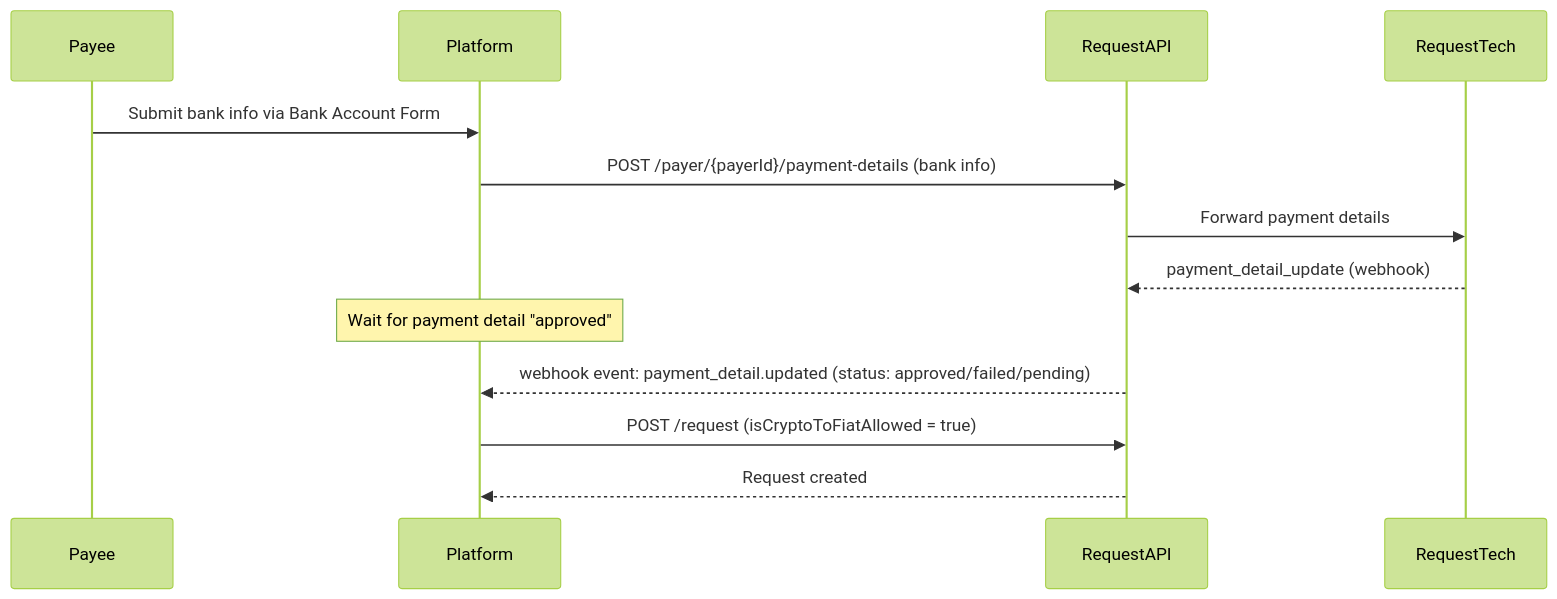
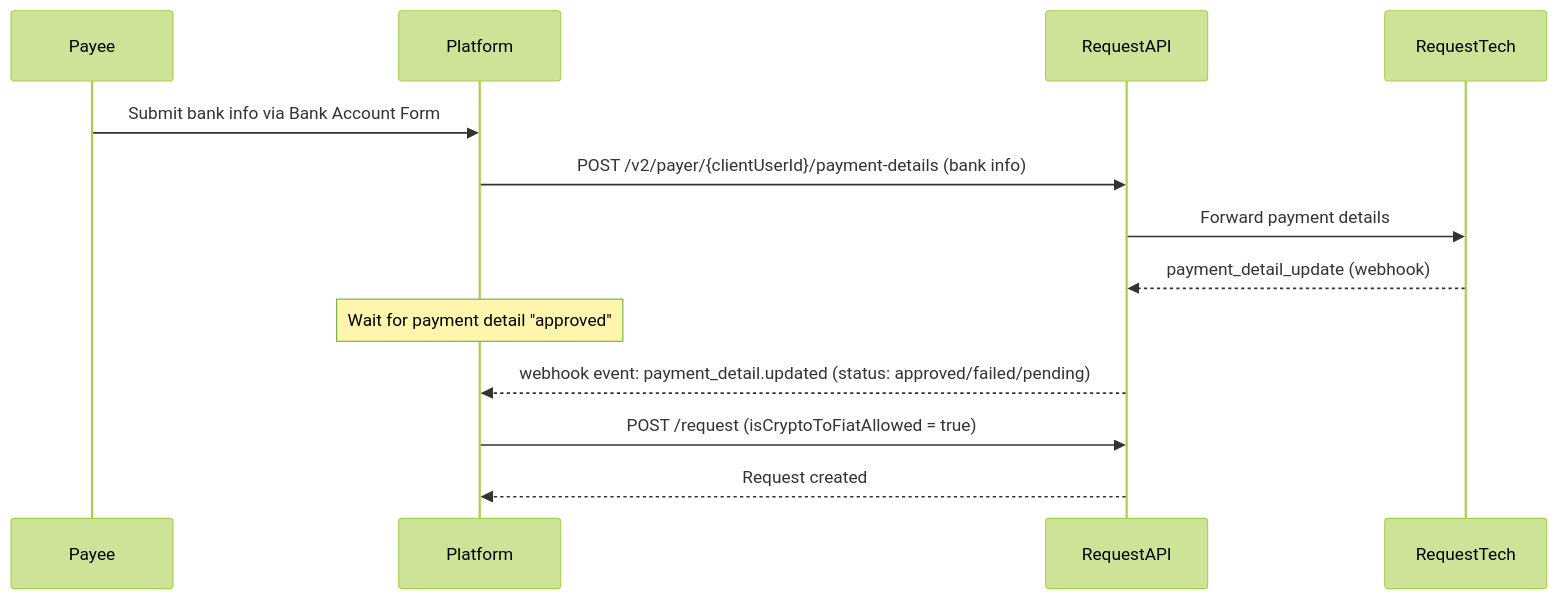
Before and after one commit to RequestNetwork/mintlify-docs: the second of 3 diagrams in api-features/crypto-to-fiat-payments.mdx, drawn with Mermaid (forest theme). The commit also changed other lines of this file and 22 other files, not shown here.

````diff
--- a/api-features/crypto-to-fiat-payments.mdx
+++ b/api-features/crypto-to-fiat-payments.mdx
@@ -159,16 +159,16 @@
 ```mermaid
 sequenceDiagram
 participant Payee
 participant Platform
 participant RequestAPI
 participant RequestTech
 
 Payee->>Platform: Submit bank info via Bank Account Form
-Platform->>RequestAPI: POST /payer/{payerId}/payment-details (bank info)
+Platform->>RequestAPI: POST /v2/payer/{clientUserId}/payment-details (bank info)
 RequestAPI->>RequestTech: Forward payment details
 RequestTech-->>RequestAPI: payment_detail_update (webhook)
 Note over Platform: Wait for payment detail "approved"
 RequestAPI-->>Platform: webhook event: payment_detail.updated (status: approved/failed/pending)
 Platform->>RequestAPI: POST /request (isCryptoToFiatAllowed = true)
 RequestAPI-->>Platform: Request created
 ```
````
